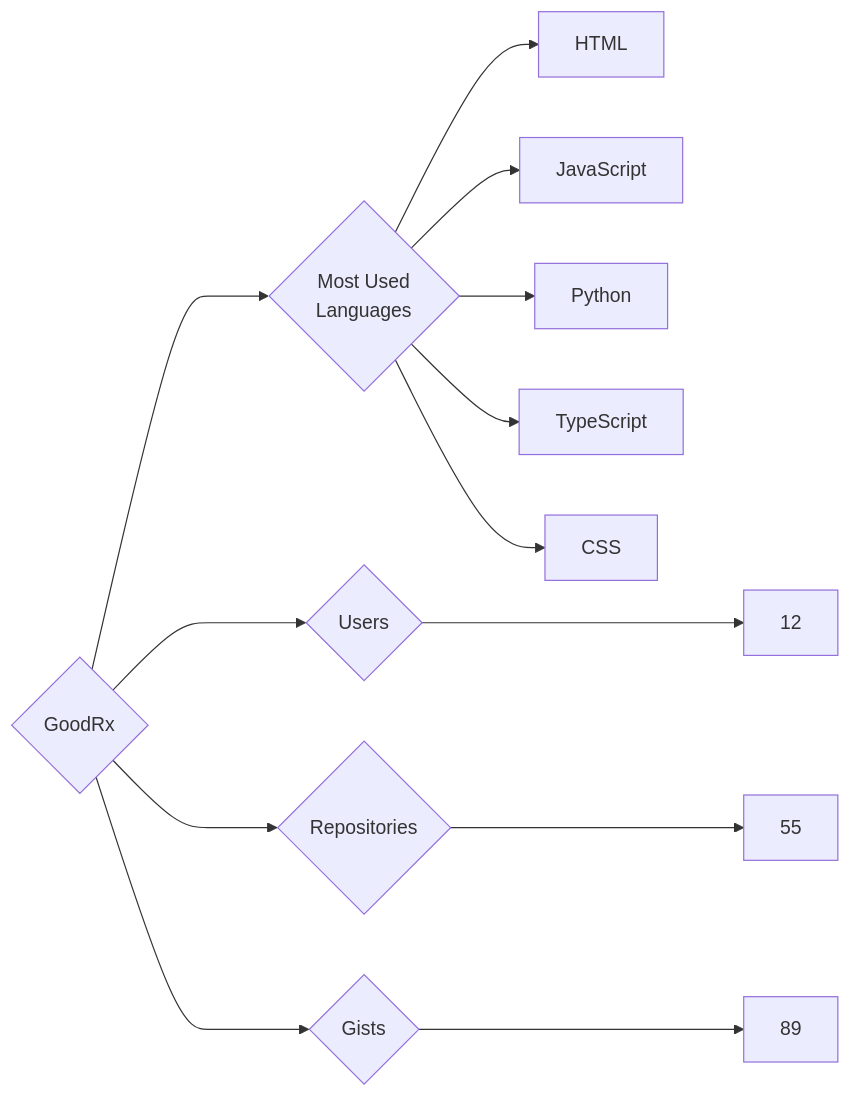
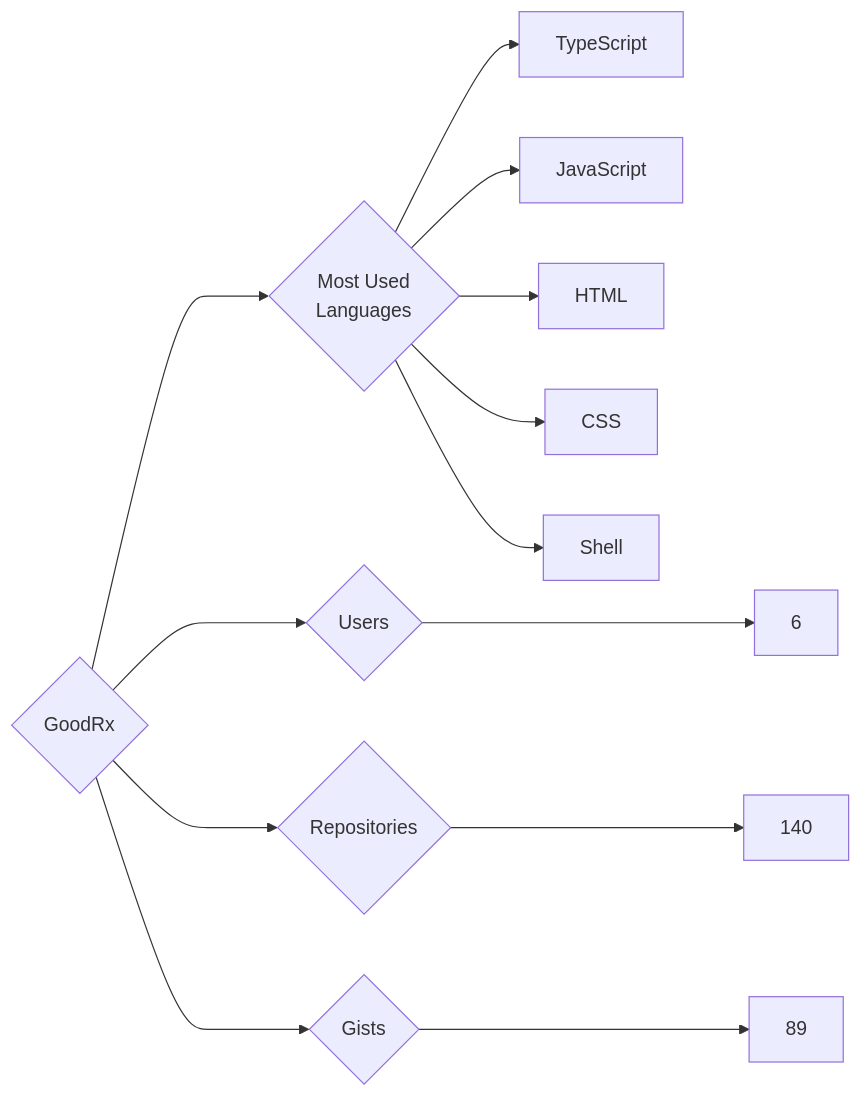
The diagram in targets/GoodRx/README.md (trickest/insiders), drawn with Mermaid before and after one commit. The commit also changed 1167 other files, not shown here.

````diff
--- a/targets/GoodRx/README.md
+++ b/targets/GoodRx/README.md
@@ -3,13 +3,13 @@
 ```mermaid
 graph LR
 COMPANY_NAME{GoodRx}
-COMPANY_NAME ---> U{Users} ---> UN[12]
-COMPANY_NAME ---> R{Repositories} ---> RN[55]
+COMPANY_NAME ---> U{Users} ---> UN[6]
+COMPANY_NAME ---> R{Repositories} ---> RN[140]
 COMPANY_NAME ---> G{Gists} ---> GN[89]
 COMPANY_NAME ---> ML{Most Used<br>Languages}
+ML --> TypeScript[TypeScript]
+ML --> JavaScript[JavaScript]
 ML --> HTML[HTML]
-ML --> JavaScript[JavaScript]
-ML --> Python[Python]
-ML --> TypeScript[TypeScript]
 ML --> CSS[CSS]
+ML --> Shell[Shell]
 ```
````
